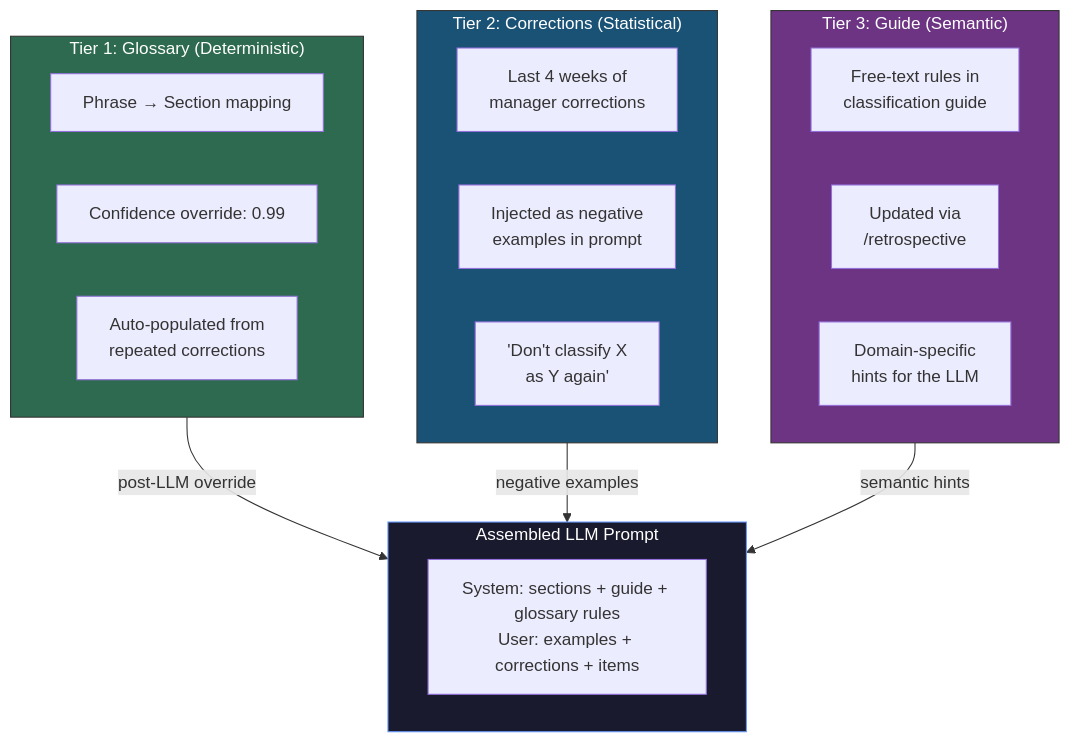
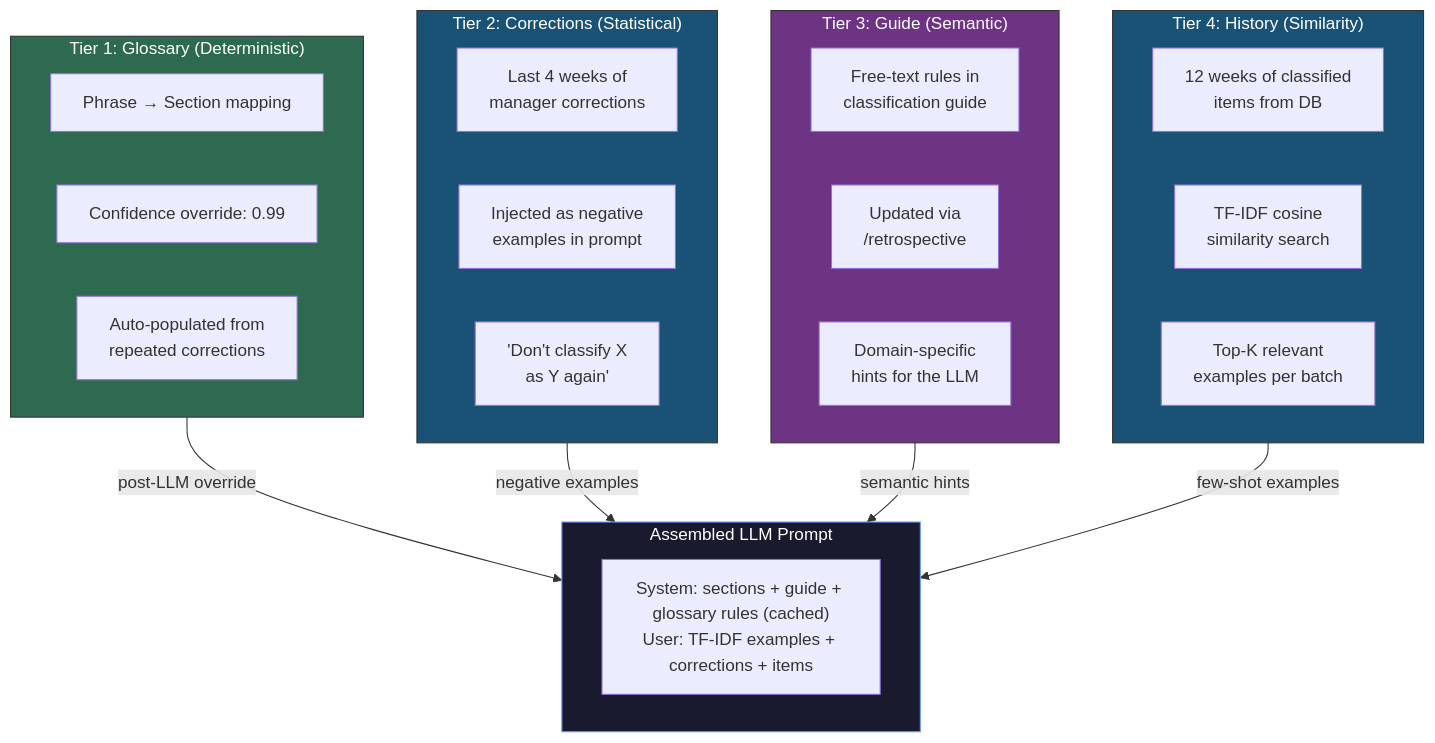
Before and after one commit to WZ/reportbot: the fifth of 5 diagrams in docs/agentic-architecture.md, drawn with Mermaid. The commit also changed other lines of this file and 5 other files, not shown here.

First line of the commit message:
docs: update diagrams and docs for prompt caching, TF-IDF, critic loop, /report-stats

````diff
--- a/docs/agentic-architecture.md
+++ b/docs/agentic-architecture.md
@@ -288,36 +328,45 @@
 ```mermaid
 flowchart TB
     subgraph T1["Tier 1: Glossary (Deterministic)"]
         direction LR
         G1["Phrase → Section mapping"]
         G2["Confidence override: 0.99"]
         G3["Auto-populated from\nrepeated corrections"]
     end
 
     subgraph T2["Tier 2: Corrections (Statistical)"]
         direction LR
         H1["Last 4 weeks of\nmanager corrections"]
         H2["Injected as negative\nexamples in prompt"]
         H3["'Don't classify X\nas Y again'"]
     end
 
     subgraph T3["Tier 3: Guide (Semantic)"]
         direction LR
         R1["Free-text rules in\nclassification guide"]
         R2["Updated via\n/retrospective"]
         R3["Domain-specific\nhints for the LLM"]
     end
 
+    subgraph T4["Tier 4: History (Similarity)"]
+        direction LR
+        S1["12 weeks of classified\nitems from DB"]
+        S2["TF-IDF cosine\nsimilarity search"]
+        S3["Top-K relevant\nexamples per batch"]
+    end
+
     subgraph Prompt["Assembled LLM Prompt"]
-        P["System: sections + guide + glossary rules\nUser: examples + corrections + items"]
+        P["System: sections + guide + glossary rules (cached)\nUser: TF-IDF examples + corrections + items"]
     end
 
     T1 -->|"post-LLM override"| Prompt
     T2 -->|"negative examples"| Prompt
     T3 -->|"semantic hints"| Prompt
+    T4 -->|"few-shot examples"| Prompt
 
     style T1 fill:#2d6a4f,stroke:#333,color:#fff
     style T2 fill:#1a5276,stroke:#333,color:#fff
     style T3 fill:#6c3483,stroke:#333,color:#fff
+    style T4 fill:#1a5276,stroke:#333,color:#fff
     style Prompt fill:#1a1a2e,stroke:#69f,color:#fff
 ```
````
